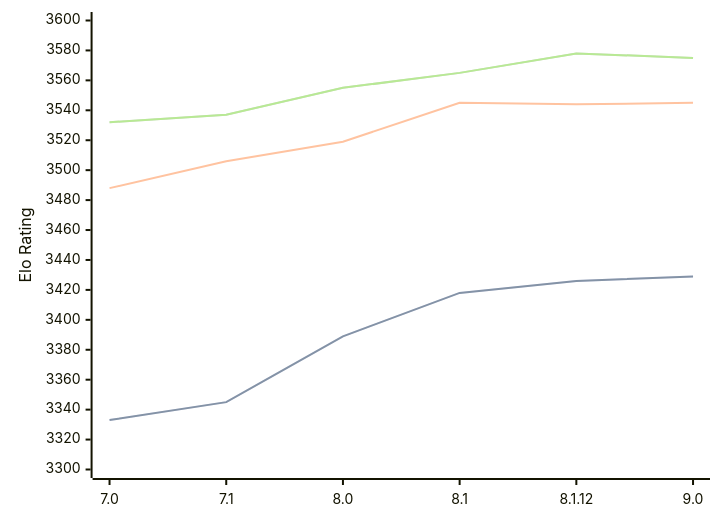
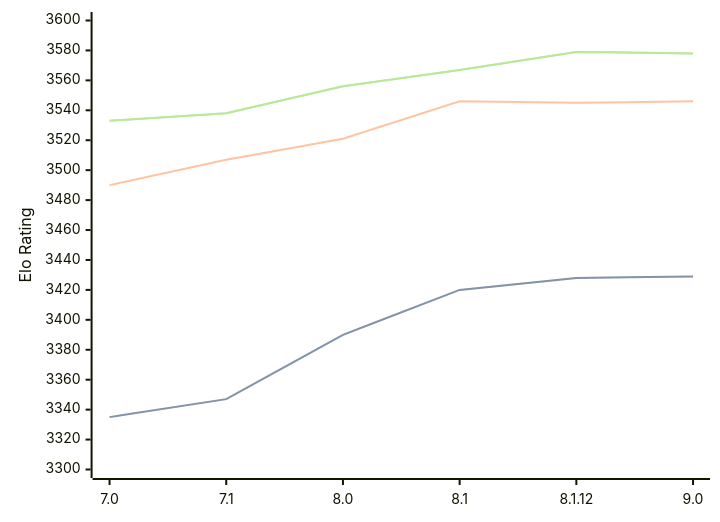
One commit to computer-chess-index/cci changed the diagram in engines/Alexandria.md. Above: the diagram before and after it, drawn with Mermaid. The commit also changed other lines of this file, not shown here.

Commit message:
Update CCI Ratings (ELO VLTC) - 2026-08-26

````diff
--- a/engines/Alexandria.md
+++ b/engines/Alexandria.md
@@ -36,11 +36,11 @@
 ```mermaid
 %%{init: {"theme":"base","themeVariables":{"seriesColors:['#a3a3a3','#222221','#faa371']}}}%%
 xychart-beta
   x-axis ["7.0", "7.1", "8.0", "8.1", "8.1.12", "9.0"]
   y-axis "Elo Rating" 3300 --> 3600
-  line "STC (8.0+0.08s)" [3333, 3345, 3389, 3418, 3426, 3429]
-  line "STC (8.0+0.08s)" [3333, 3345, 3389, 3418, 3426, 3429]
-  line "LTC (60.0+0.60s)" [3488, 3506, 3519, 3545, 3544, 3545]
-  line "VLTC (2m24s+1.12s)" [3532, 3537, 3555, 3565, 3578, 3575]
-  line "VLTC (2m24s+1.12s)" [3532, 3537, 3555, 3565, 3578, 3575]
+  line "STC (8.0+0.08s)" [3335, 3347, 3390, 3420, 3428, 3429]
+  line "STC (8.0+0.08s)" [3335, 3347, 3390, 3420, 3428, 3429]
+  line "LTC (60.0+0.60s)" [3490, 3507, 3521, 3546, 3545, 3546]
+  line "VLTC (2m24s+1.12s)" [3533, 3538, 3556, 3567, 3579, 3578]
+  line "VLTC (2m24s+1.12s)" [3533, 3538, 3556, 3567, 3579, 3578]
 ```
````
